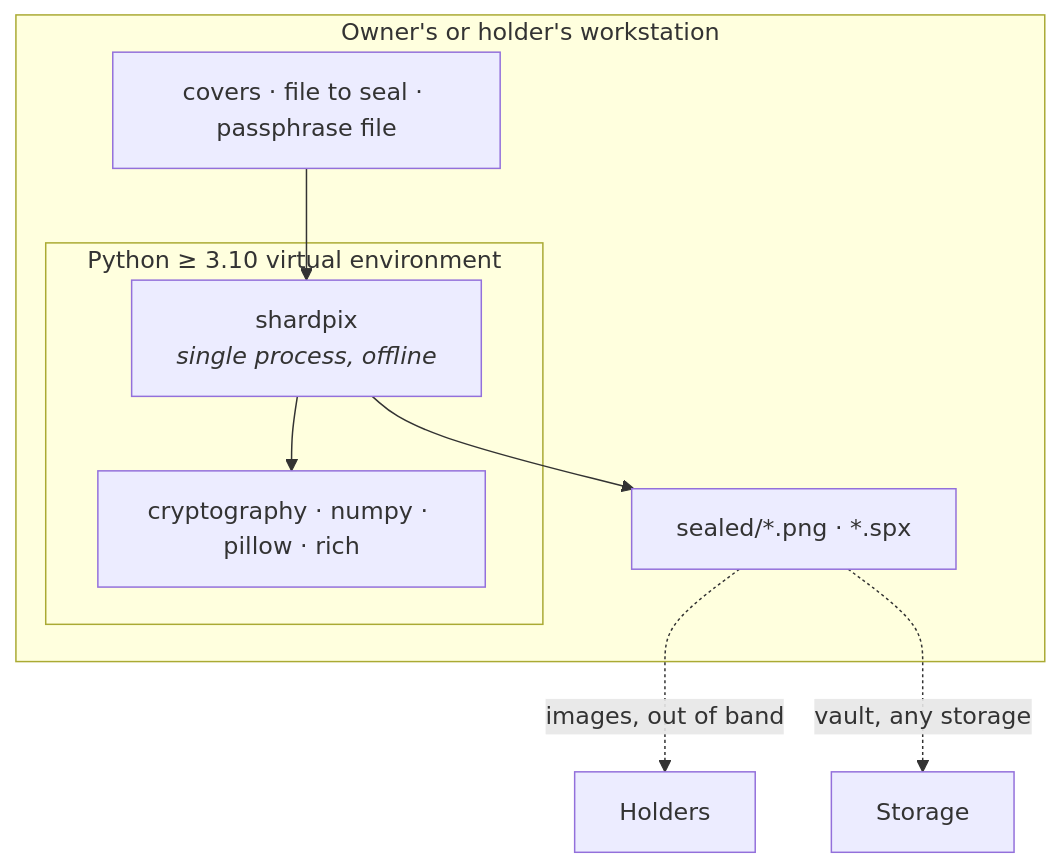
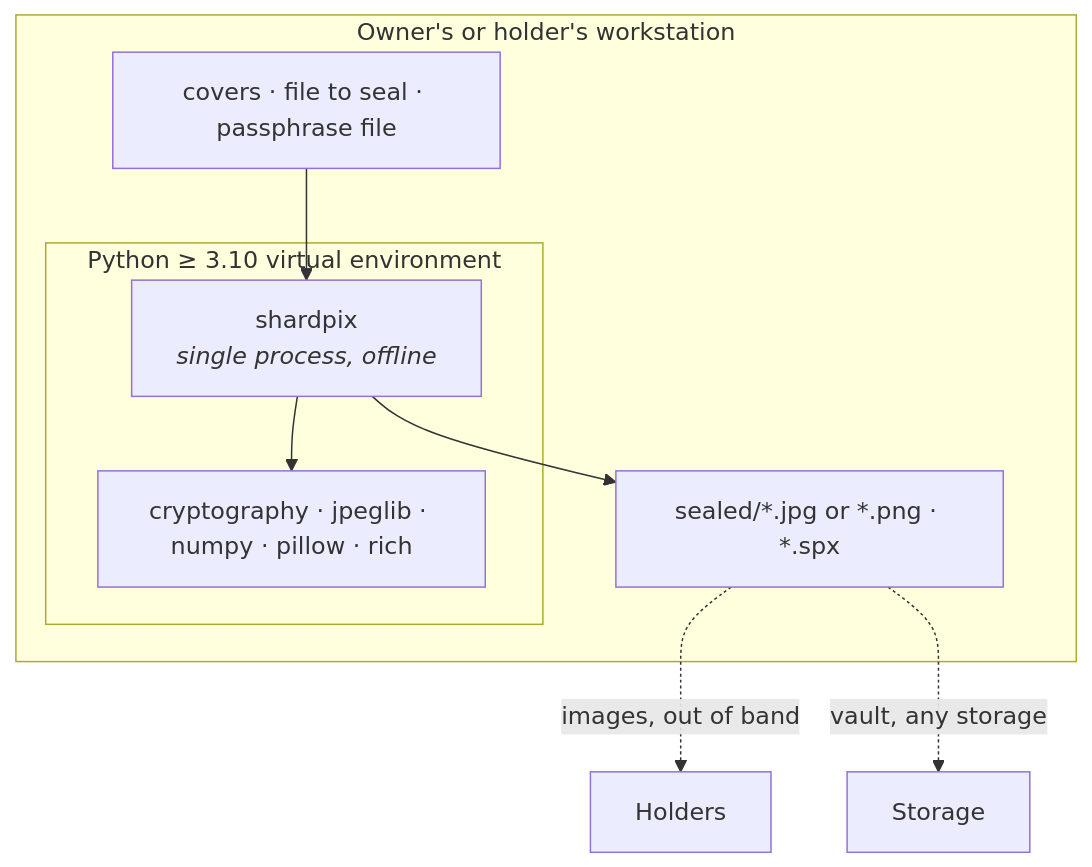
One commit to Just-Ipavon/shardpix changed the fourth of 4 diagrams in docs/01-architecture.md. Above: the diagram before and after it, drawn with Mermaid. The commit also changed other lines of this file and 7 other files, not shown here.

````diff
--- a/docs/01-architecture.md
+++ b/docs/01-architecture.md
@@ -543,17 +586,17 @@
 ```mermaid
 graph TD
     subgraph host["Owner's or holder's workstation"]
         subgraph venv["Python ≥ 3.10 virtual environment"]
             APP["shardpix<br/><i>single process, offline</i>"]
-            DEP["cryptography · numpy · pillow · rich"]
+            DEP["cryptography · jpeglib · numpy · pillow · rich"]
         end
         IN["covers · file to seal · passphrase file"]
-        OUT["sealed/*.png · *.spx"]
+        OUT["sealed/*.jpg or *.png · *.spx"]
     end
 
     APP --> DEP
     IN --> APP
     APP --> OUT
     OUT -.->|"images, out of band"| HOLD["Holders"]
     OUT -.->|"vault, any storage"| STORE["Storage"]
 ```
````
